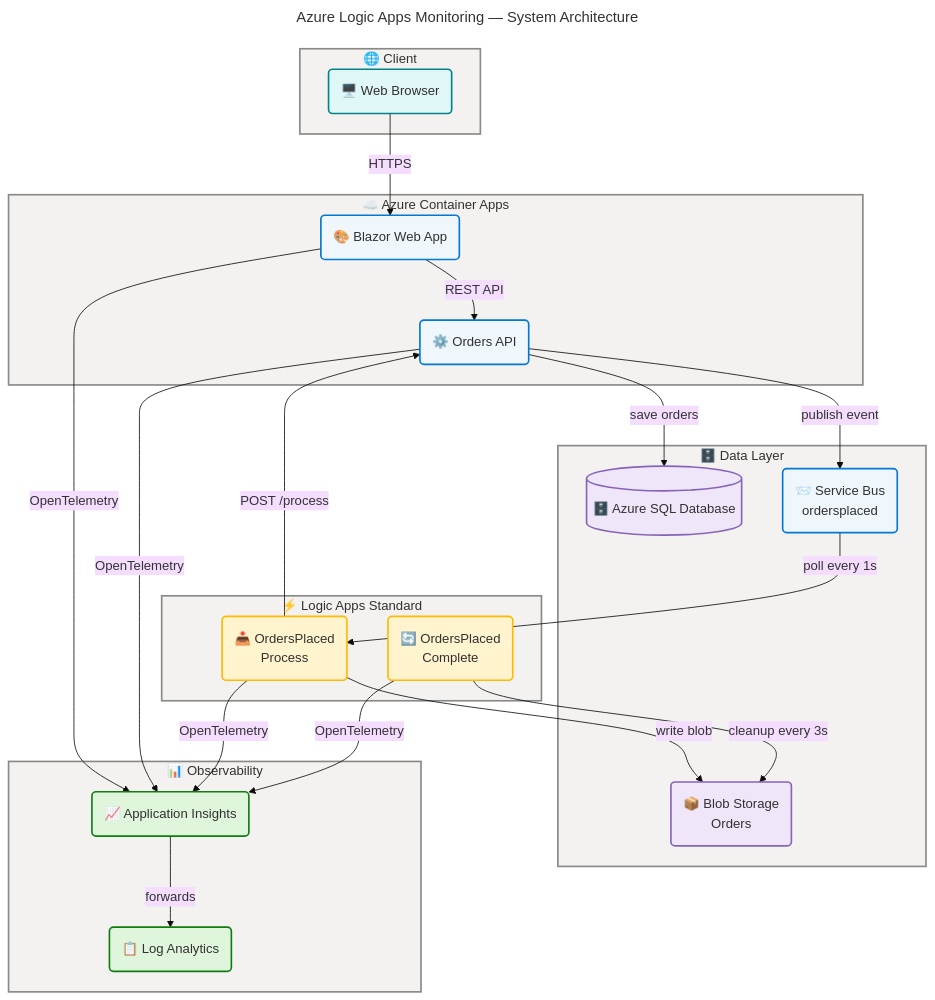
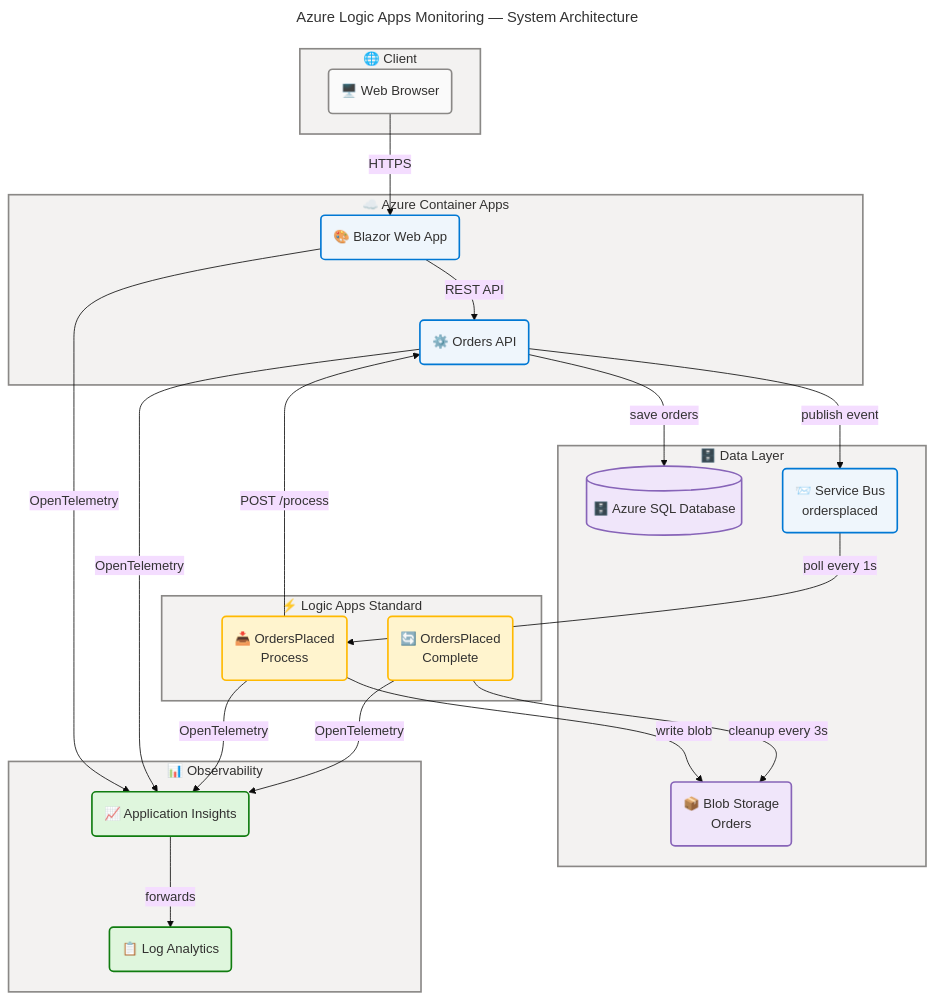
Before and after one commit to Evilazaro/Azure-LogicApps-Monitoring: the diagram in README.md, drawn with Mermaid.

Commit message:
Update flowchart styles in README.md for improved clarity and consistency

````diff
--- a/README.md
+++ b/README.md
@@ -94,76 +94,76 @@
 ```mermaid
 ---
 title: "Azure Logic Apps Monitoring — System Architecture"
 config:
   theme: base
   look: classic
   layout: dagre
   themeVariables:
     fontSize: '16px'
   flowchart:
     htmlLabels: true
 ---
 flowchart TB
     accTitle: Azure Logic Apps Monitoring System Architecture
     accDescr: End-to-end order processing flow from a Blazor web browser through Azure Container Apps and Service Bus to Logic Apps Standard workflows, Azure SQL Database, Blob Storage, and Application Insights with OpenTelemetry observability.
 
     %% ═══════════════════════════════════════════════════════════════════════════
     %% AZURE / FLUENT ARCHITECTURE PATTERN v1.1
     %% (Semantic + Structural + Font + Accessibility Governance)
     %% ═══════════════════════════════════════════════════════════════════════════
     %% PHASE 1 - FLUENT UI: All styling uses approved Fluent UI palette only
     %% PHASE 2 - GROUPS: Every subgraph has semantic color via style directive
     %% PHASE 3 - COMPONENTS: Every node has semantic classDef + icon prefix
     %% PHASE 4 - ACCESSIBILITY: accTitle/accDescr present, WCAG AA contrast
     %% PHASE 5 - STANDARD: Governance block present, classDefs centralized
     %% ═══════════════════════════════════════════════════════════════════════════
 
     subgraph client["🌐 Client"]
-        browser("🖥️ Web Browser"):::external
+        browser("🖥️ Web Browser"):::neutral
     end
 
     subgraph aca["☁️ Azure Container Apps"]
         webapp("🎨 Blazor Web App"):::core
         ordersapi("⚙️ Orders API"):::core
     end
 
     subgraph datalayer["🗄️ Data Layer"]
         sql[("🗄️ Azure SQL Database")]:::data
         sbus("📨 Service Bus<br/>ordersplaced"):::core
         blob("📦 Blob Storage<br/>Orders"):::data
     end
 
     subgraph logic["⚡ Logic Apps Standard"]
         wf1("📥 OrdersPlaced<br/>Process"):::warning
         wf2("🔄 OrdersPlaced<br/>Complete"):::warning
     end
 
     subgraph obs["📊 Observability"]
         ai("📈 Application Insights"):::success
         la("📋 Log Analytics"):::success
     end
 
     browser -->|"HTTPS"| webapp
     webapp -->|"REST API"| ordersapi
     ordersapi -->|"save orders"| sql
     ordersapi -->|"publish event"| sbus
     sbus -->|"poll every 1s"| wf1
     wf1 -->|"POST /process"| ordersapi
     wf1 -->|"write blob"| blob
     wf2 -->|"cleanup every 3s"| blob
     webapp & ordersapi -->|"OpenTelemetry"| ai
     wf1 & wf2 -->|"OpenTelemetry"| ai
     ai -->|"forwards"| la
 
     style client fill:#F3F2F1,stroke:#8A8886,stroke-width:2px,color:#323130
     style aca fill:#F3F2F1,stroke:#8A8886,stroke-width:2px,color:#323130
     style datalayer fill:#F3F2F1,stroke:#8A8886,stroke-width:2px,color:#323130
     style logic fill:#F3F2F1,stroke:#8A8886,stroke-width:2px,color:#323130
     style obs fill:#F3F2F1,stroke:#8A8886,stroke-width:2px,color:#323130
 
-    classDef external fill:#E0F7F7,stroke:#038387,stroke-width:2px,color:#323130
+    classDef neutral fill:#FAFAFA,stroke:#8A8886,stroke-width:2px,color:#323130
     classDef core fill:#EFF6FC,stroke:#0078D4,stroke-width:2px,color:#323130
     classDef data fill:#F0E6FA,stroke:#8764B8,stroke-width:2px,color:#323130
     classDef warning fill:#FFF4CE,stroke:#FFB900,stroke-width:2px,color:#323130
     classDef success fill:#DFF6DD,stroke:#107C10,stroke-width:2px,color:#323130
 ```
````
